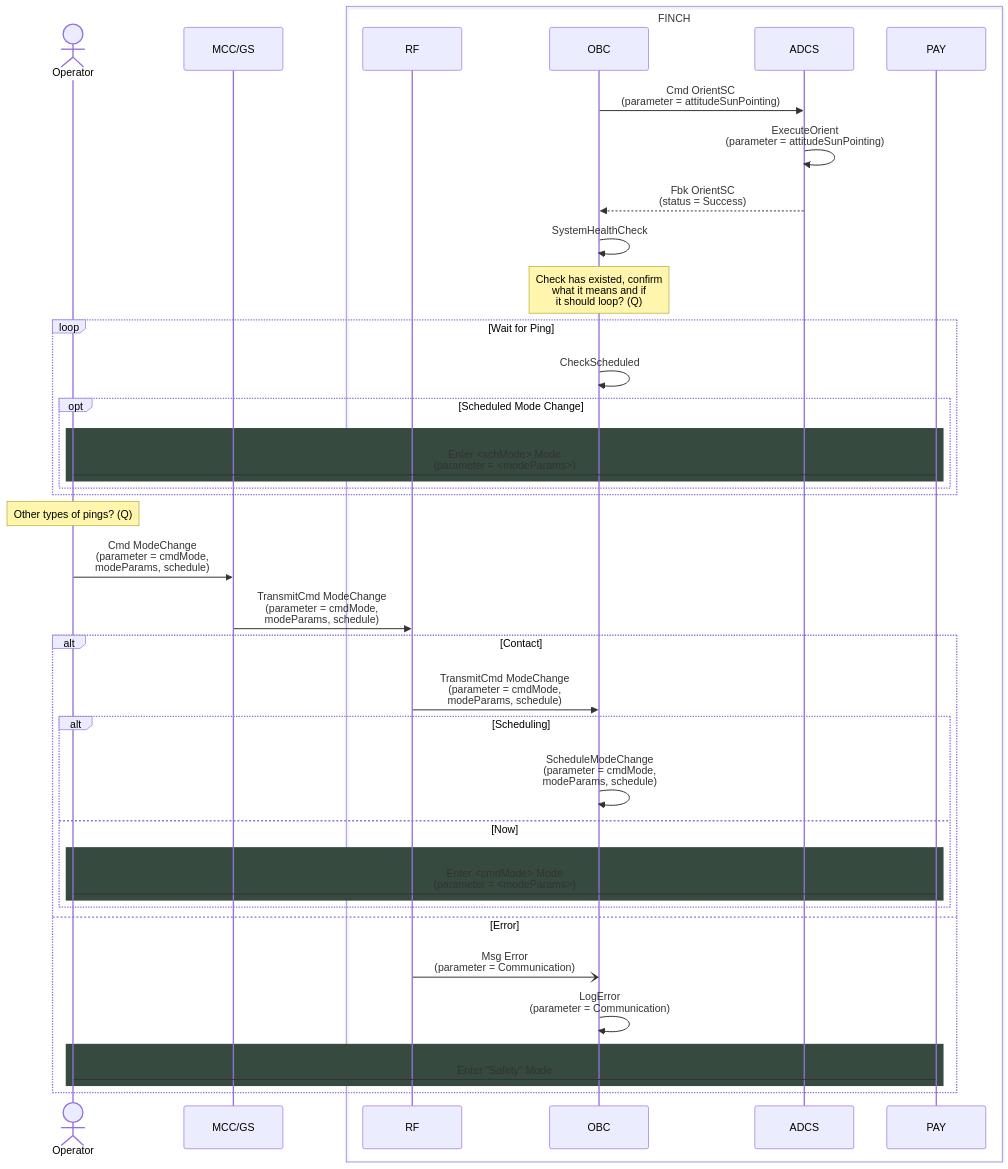
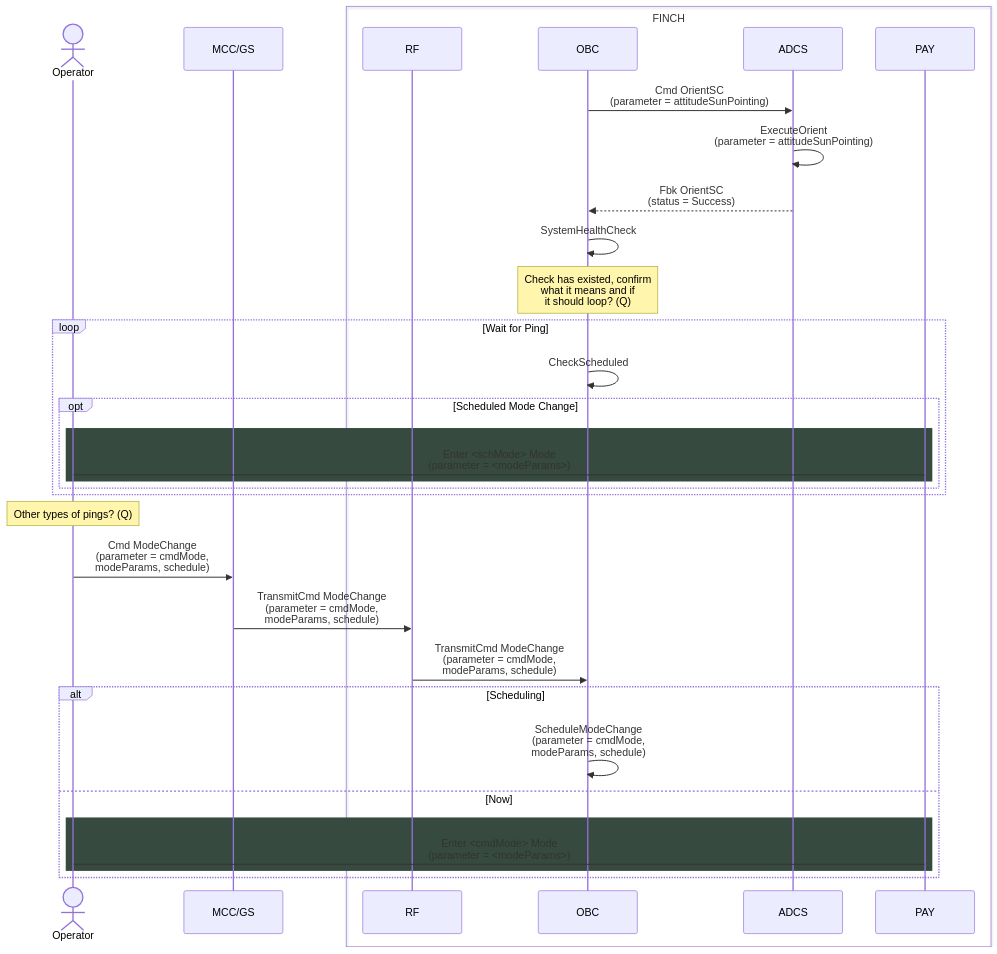
The diagram in command sequences/idle-command.md (Addy-lit/FINCH-system-architecture), drawn with Mermaid before and after one commit.

````diff
--- a/command sequences/idle-command.md
+++ b/command sequences/idle-command.md
@@ -2,47 +2,39 @@
 ```mermaid
 sequenceDiagram
     actor Operator
     participant MCC/GS
     box FINCH
         participant RF
         participant OBC 
         participant ADCS
         participant PAY
     end
 
     OBC ->> ADCS: Cmd OrientSC <br> (parameter = attitudeSunPointing)
     ADCS ->> ADCS: ExecuteOrient <br> (parameter = attitudeSunPointing)
     ADCS -->> OBC: Fbk OrientSC <br> (status = Success)
     OBC ->> OBC: SystemHealthCheck
     note over OBC: Check has existed, confirm <br> what it means and if <br> it should loop? (Q)
 
     loop Wait for Ping
         OBC ->> OBC: CheckScheduled
         opt Scheduled Mode Change
             rect rgb(54,74,63)
               	Operator -> PAY: Enter <schMode> Mode <br> (parameter = <modeParams>)
             end
         end
     end
 
     note over Operator: Other types of pings? (Q)
     Operator ->> MCC/GS: Cmd ModeChange <br> (parameter = cmdMode, <br> modeParams, schedule)
     MCC/GS ->> RF: TransmitCmd ModeChange <br> (parameter = cmdMode, <br> modeParams, schedule)
-    alt Contact
         RF ->> OBC: TransmitCmd ModeChange <br> (parameter = cmdMode, <br> modeParams, schedule)
         alt Scheduling
             OBC ->> OBC: ScheduleModeChange <br> (parameter = cmdMode, <br> modeParams, schedule)
         else Now
             rect rgb(54,74,63)
                 Operator -> PAY: Enter <cmdMode> Mode <br> (parameter = <modeParams>)
             end
         end
-    else Error
-        RF -) OBC: Msg Error <br> (parameter = Communication)
-        OBC ->> OBC: LogError <br> (parameter = Communication)
-        rect rgb(54,74,63)
-            Operator -> PAY: Enter "Safety" Mode
-        end
-    end
 
 ```
````
